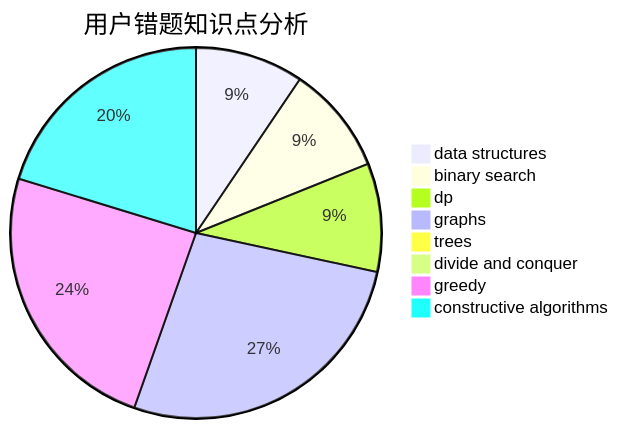
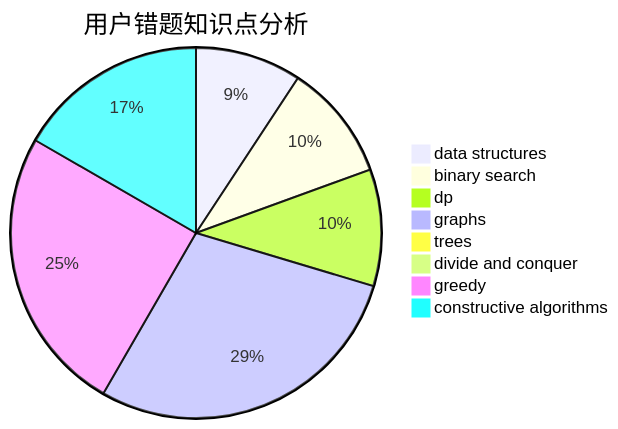
The third of 3 diagrams in docs/user/u137.md (sherpahu/cfrs.github.io), drawn with Mermaid before and after one commit. The commit also changed other lines of this file and 2770 other files, not shown here.

````diff
--- a/docs/user/u137.md
+++ b/docs/user/u137.md
@@ -36,11 +36,11 @@
 ```mermaid
 pie title 用户错题知识点分析
-    "data structures" :  7
-    "binary search" :  7
-    "dp" :  7
-    "graphs" :  20
+    "data structures" :  10
+    "binary search" :  11
+    "dp" :  11
+    "graphs" :  31
     "trees" :  0
     "divide and conquer" :  0
-    "greedy" :  18
-    "constructive algorithms" :  15
+    "greedy" :  27
+    "constructive algorithms" :  18
 ```
````
